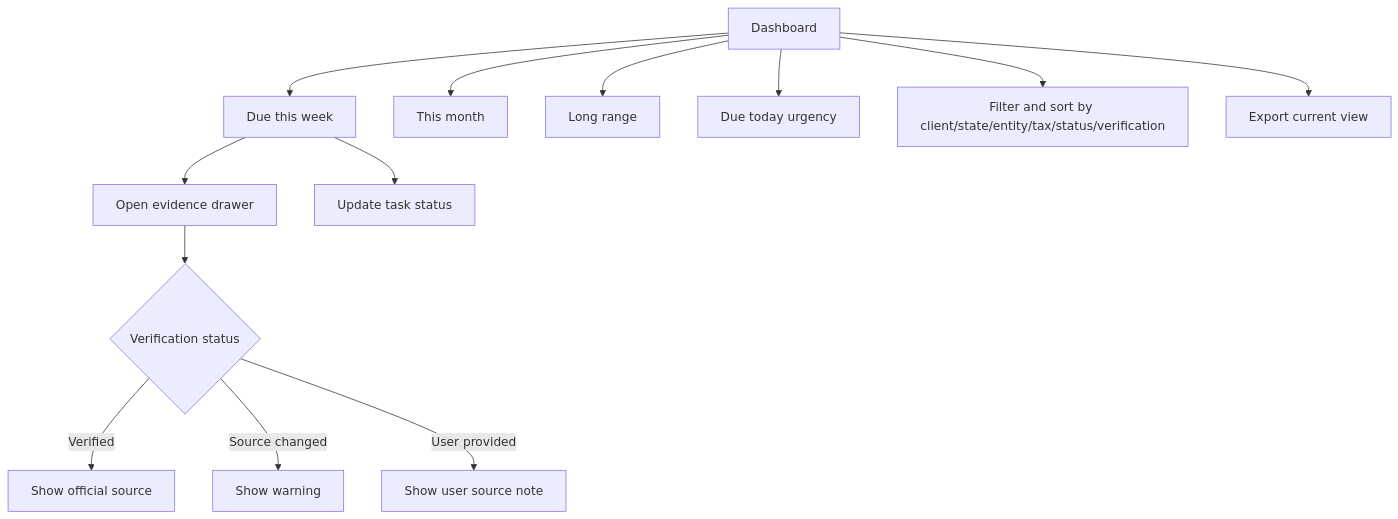
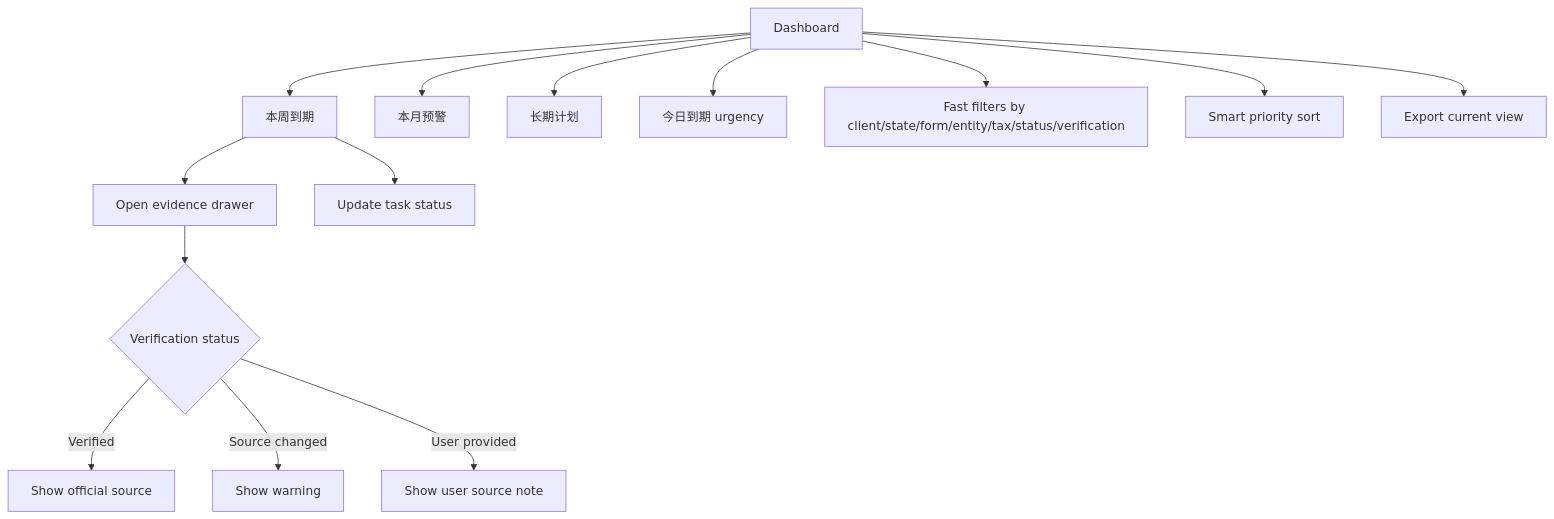
Before and after one commit to Yessenia-d/DueDateHQ: the diagram in specs/monday-triage-dashboard.zh.md, drawn with Mermaid. The commit also changed other lines of this file and 11 other files, not shown here.

````diff
--- a/specs/monday-triage-dashboard.zh.md
+++ b/specs/monday-triage-dashboard.zh.md
@@ -19,15 +20,16 @@
 ```mermaid
 flowchart TD
-  A[Dashboard] --> B[Due this week]
-  A --> C[This month]
-  A --> D[Long range]
-  A --> L[Due today urgency]
+  A[Dashboard] --> B[本周到期]
+  A --> C[本月预警]
+  A --> D[长期计划]
+  A --> L[今日到期 urgency]
   B --> E[Open evidence drawer]
   B --> F[Update task status]
-  A --> G[Filter and sort by client/state/entity/tax/status/verification]
+  A --> G[Fast filters by client/state/form/entity/tax/status/verification]
+  A --> N[Smart priority sort]
   E --> H{Verification status}
   H -- Verified --> I[Show official source]
   H -- Source changed --> J[Show warning]
   H -- User provided --> K[Show user source note]
   A --> M[Export current view]
 ```
````
